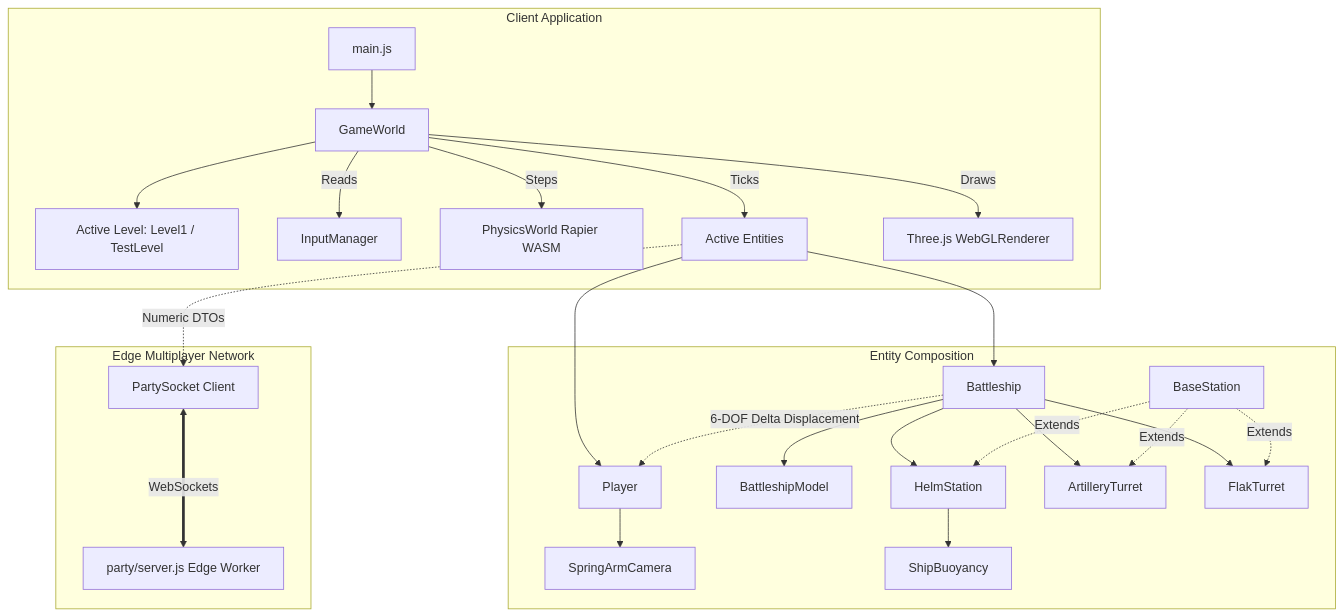
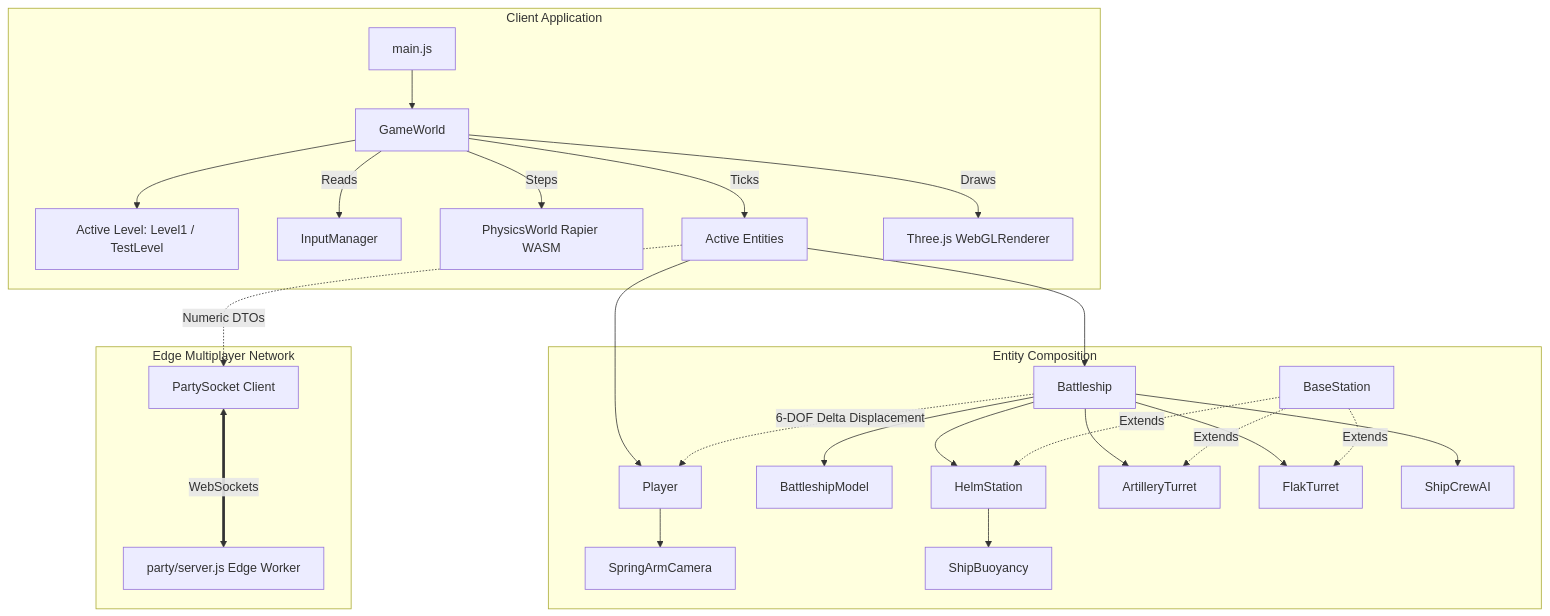
Before and after one commit to Ja-neh/ScopeCreep: the first of 2 diagrams in ARCHITECTURE_AND_SYSTEMS.md, drawn with Mermaid. The commit also changed other lines of this file, not shown here.

First line of the commit message:
docs: document the ship AI crew

````diff
--- a/ARCHITECTURE_AND_SYSTEMS.md
+++ b/ARCHITECTURE_AND_SYSTEMS.md
@@ -69,32 +69,33 @@
 ```mermaid
 flowchart TD
     subgraph Client Application
         M[main.js] --> GW[GameWorld]
         GW --> LVL[Active Level: Level1 / TestLevel]
         
         GW -->|Reads| IM[InputManager]
         GW -->|Steps| PW[PhysicsWorld Rapier WASM]
         GW -->|Ticks| ENT[Active Entities]
         GW -->|Draws| RND[Three.js WebGLRenderer]
     end
 
     subgraph Entity Composition
         ENT --> BS[Battleship]
         ENT --> PL[Player]
         PL --> SAC[SpringArmCamera]
         BS --> BM[BattleshipModel]
         BS --> SC[HelmStation]
         SC --> SBY[ShipBuoyancy]
         BS --> AT[ArtilleryTurret]
         BS --> FT[FlakTurret]
+        BS --> CAI[ShipCrewAI]
         BST[BaseStation] -.->|Extends| SC
         BST -.->|Extends| AT
         BST -.->|Extends| FT
         BS -.->|6-DOF Delta Displacement| PL
     end
 
     subgraph Edge Multiplayer Network
         ENT -.->|Numeric DTOs| PS[PartySocket Client]
         PS <===>|WebSockets| PK[party/server.js Edge Worker]
     end
 ```
````
